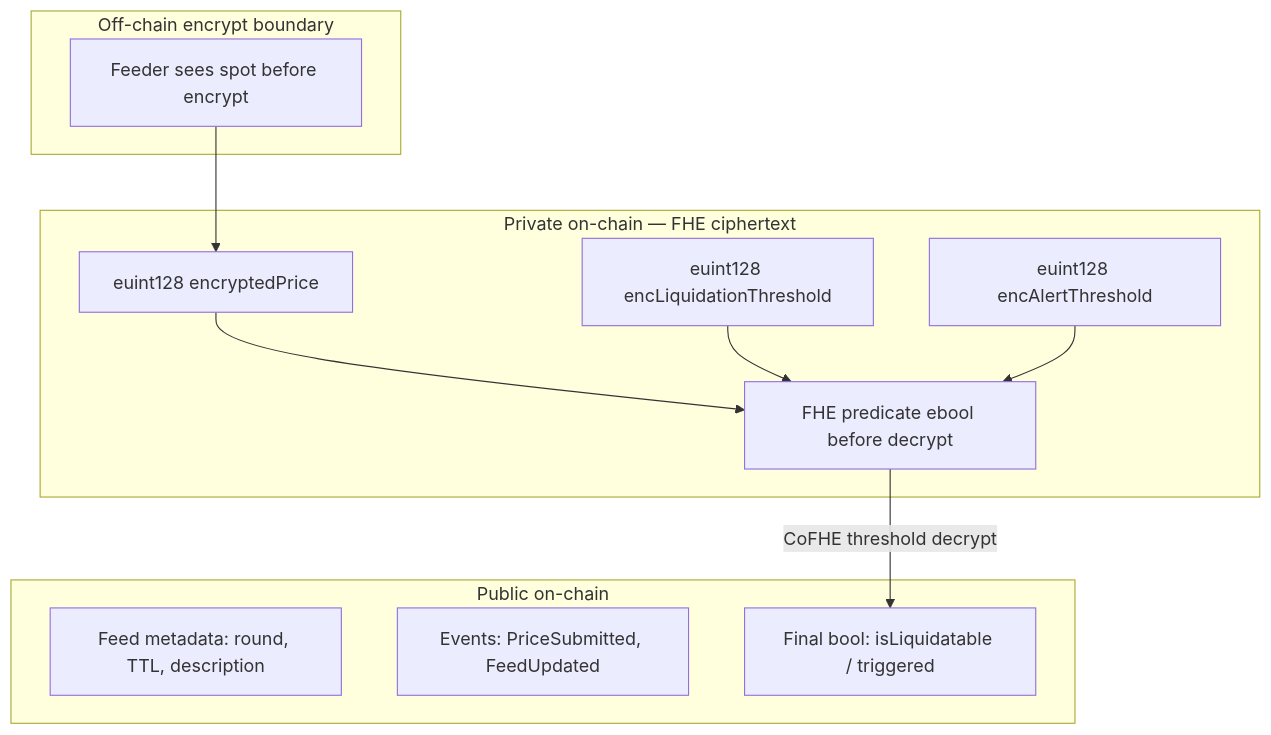
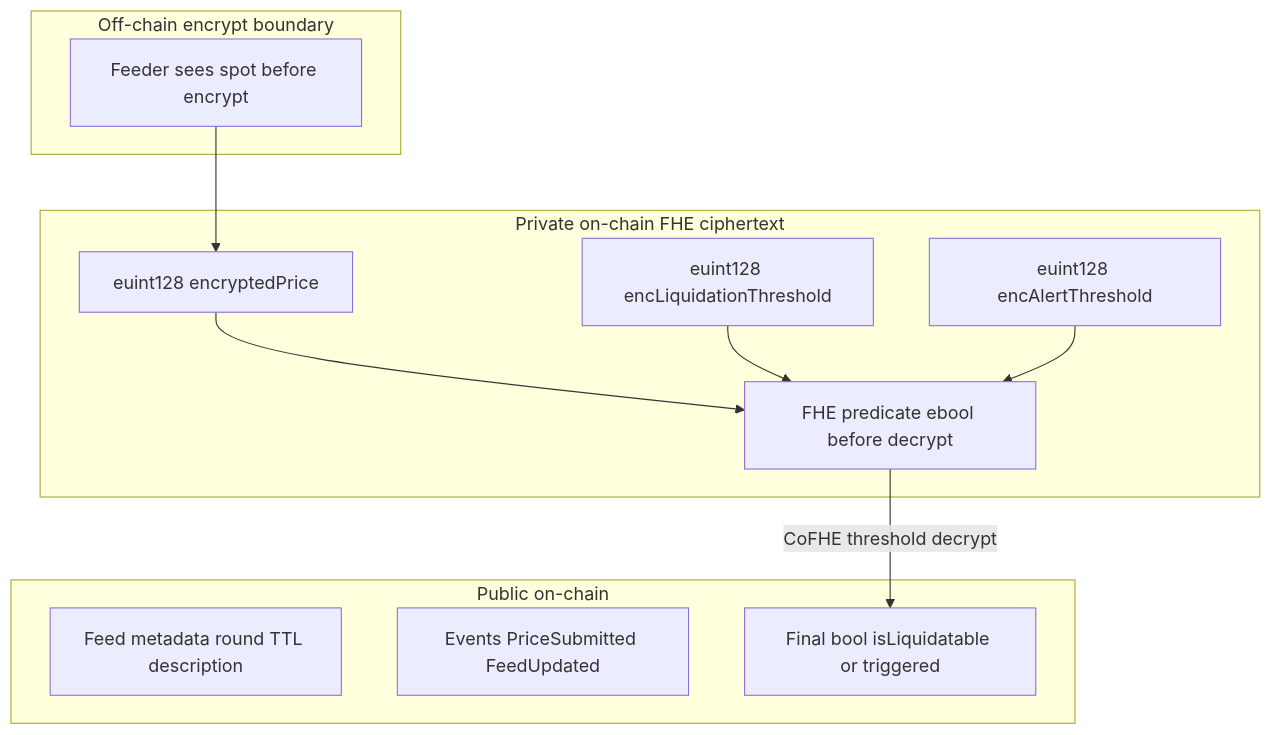
Before and after one commit to Nanle-code/fhe-oracle-bridge: the third of 7 diagrams in README.md, drawn with Mermaid. The commit also changed other lines of this file, not shown here.

````diff
--- a/README.md
+++ b/README.md
@@ -380,25 +362,25 @@
 ```mermaid
 flowchart TD
-    subgraph PublicOnChain[Public on-chain]
-        M1[Feed metadata: round, TTL, description]
-        M2[Events: PriceSubmitted, FeedUpdated]
-        M3[Final bool: isLiquidatable / triggered]
+    subgraph PublicOnChain["Public on-chain"]
+        M1["Feed metadata round TTL description"]
+        M2["Events PriceSubmitted FeedUpdated"]
+        M3["Final bool isLiquidatable or triggered"]
     end
 
-    subgraph PrivateOnChain[Private on-chain — FHE ciphertext]
+    subgraph PrivateOnChain["Private on-chain FHE ciphertext"]
         P1[euint128 encryptedPrice]
         P2[euint128 encLiquidationThreshold]
         P3[euint128 encAlertThreshold]
         P4[FHE predicate ebool before decrypt]
     end
 
-    subgraph OffChainEncrypt[Off-chain encrypt boundary]
+    subgraph OffChainEncrypt["Off-chain encrypt boundary"]
         O1[Feeder sees spot before encrypt]
     end
 
     O1 --> P1
     P1 --> P4
     P2 --> P4
     P3 --> P4
     P4 -->|CoFHE threshold decrypt| M3
 ```
````
